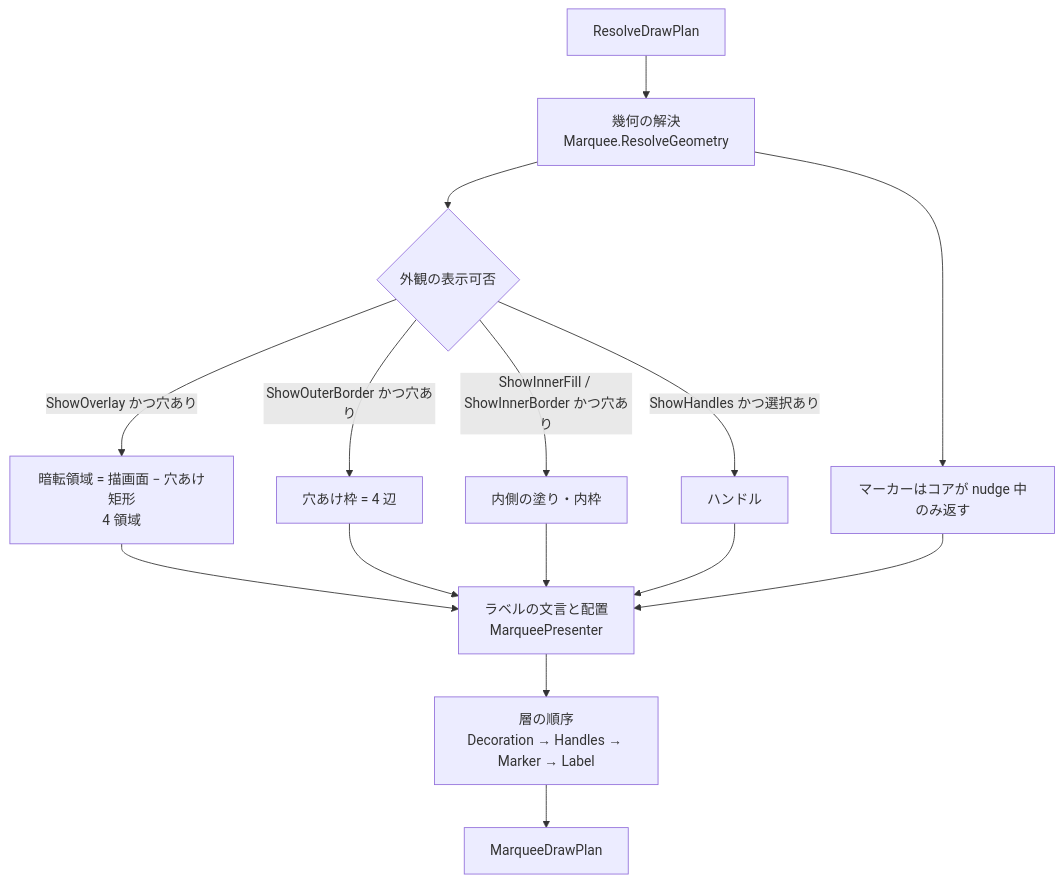
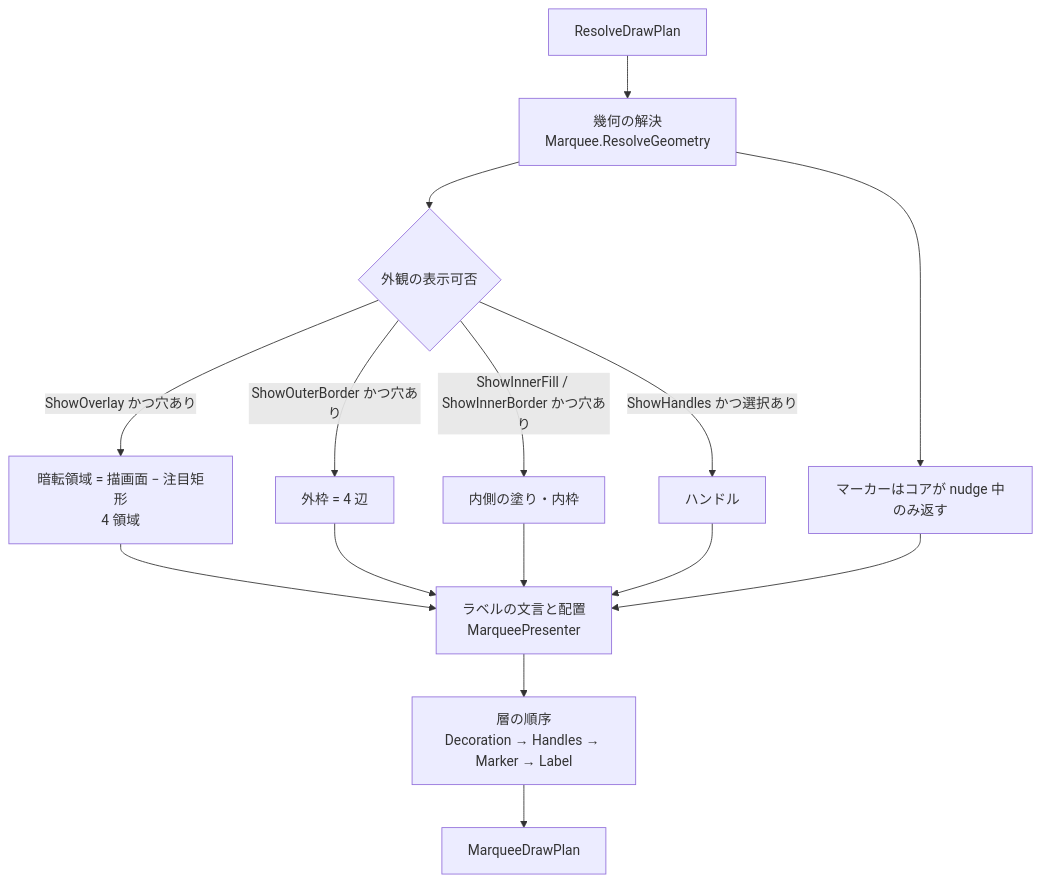
The second of 2 diagrams in src/Feature.Marquee.Presenter/docs/SPEC_System.md (tomokuni/SaveEvidence), drawn with Mermaid before and after one commit. The commit also changed other lines of this file and 106 other files, not shown here.

````diff
--- a/src/Feature.Marquee.Presenter/docs/SPEC_System.md
+++ b/src/Feature.Marquee.Presenter/docs/SPEC_System.md
@@ -74,17 +74,17 @@
 ```mermaid
 flowchart TD
     A[ResolveDrawPlan] --> B[幾何の解決<br/>Marquee.ResolveGeometry]
     B --> C{外観の表示可否}
-    C -->|ShowOverlay かつ穴あり| D[暗転領域 = 描画面 − 穴あけ矩形<br/>4 領域]
-    C -->|ShowOuterBorder かつ穴あり| E[穴あけ枠 = 4 辺]
+    C -->|ShowOverlay かつ穴あり| D[暗転領域 = 描画面 − 注目矩形<br/>4 領域]
+    C -->|ShowOuterBorder かつ穴あり| E[外枠 = 4 辺]
     C -->|ShowInnerFill / ShowInnerBorder かつ穴あり| F[内側の塗り・内枠]
     C -->|ShowHandles かつ選択あり| G[ハンドル]
     B --> H[マーカーはコアが nudge 中のみ返す]
     D --> I[ラベルの文言と配置<br/>MarqueePresenter]
     E --> I
     F --> I
     G --> I
     H --> I
     I --> J[層の順序<br/>Decoration → Handles → Marker → Label]
     J --> K[MarqueeDrawPlan]
 ```
````
